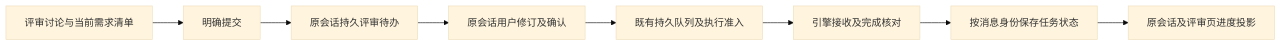
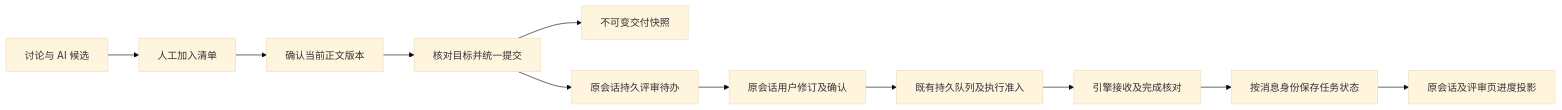
Before and after one commit to exception-coder/kai-toolbox: diagram 18 of 36 in docs/ai-coding-architecture.md, drawn with Mermaid (base theme). The commit also changed other lines of this file and 38 other files, not shown here.

````diff
--- a/docs/ai-coding-architecture.md
+++ b/docs/ai-coding-architecture.md
@@ -541,10 +543,13 @@
 ```mermaid
 flowchart LR
-    R[评审讨论与当前需求清单] --> S[明确提交]
+    R[讨论与 AI 候选] --> B[人工加入清单]
+    B --> C[确认当前正文版本]
+    C --> S[核对目标并统一提交]
+    S --> H[不可变交付快照]
     S --> T[原会话持久评审待办]
     T --> A[原会话用户修订及确认]
     A --> Q[既有持久队列及执行准入]
     Q --> E[引擎接收及完成核对]
     E --> P[按消息身份保存任务状态]
     P --> V[原会话及评审页进度投影]
 ```
````
